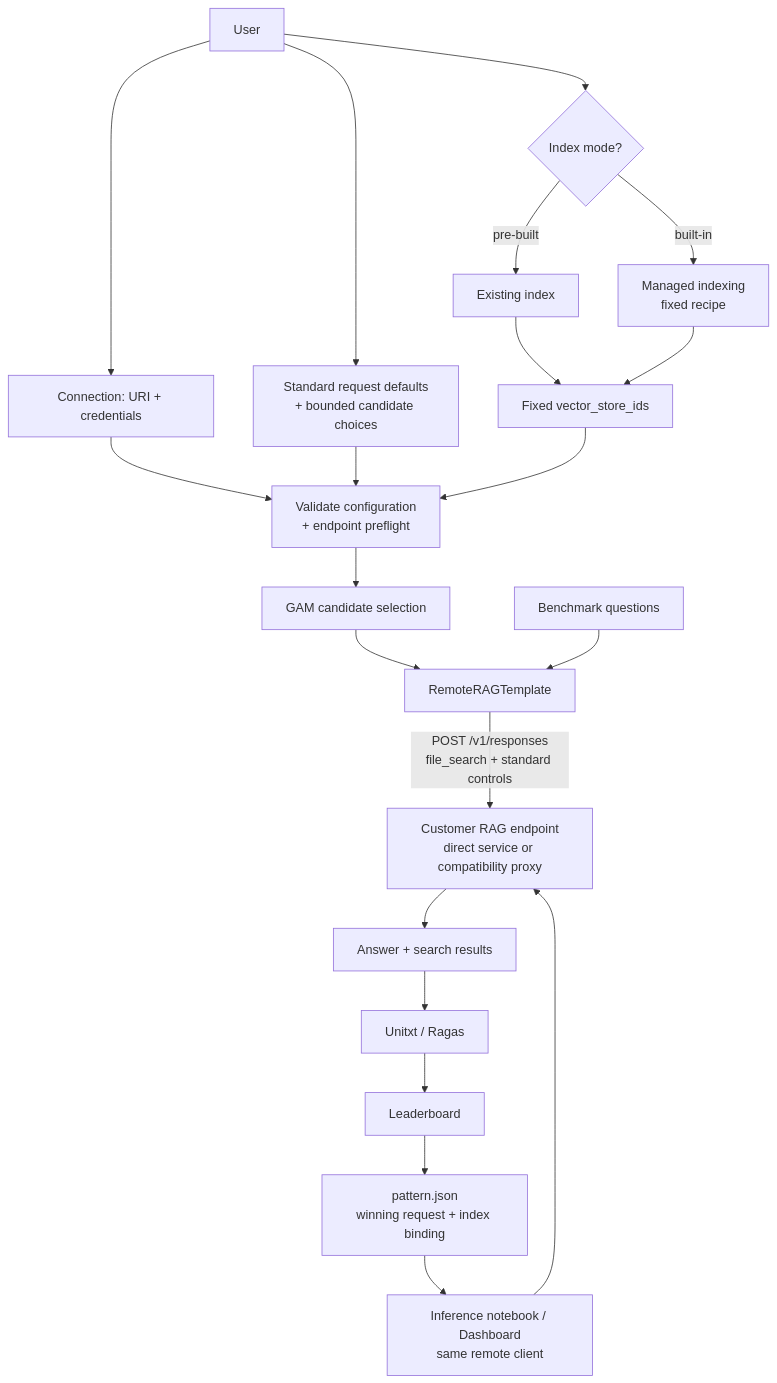
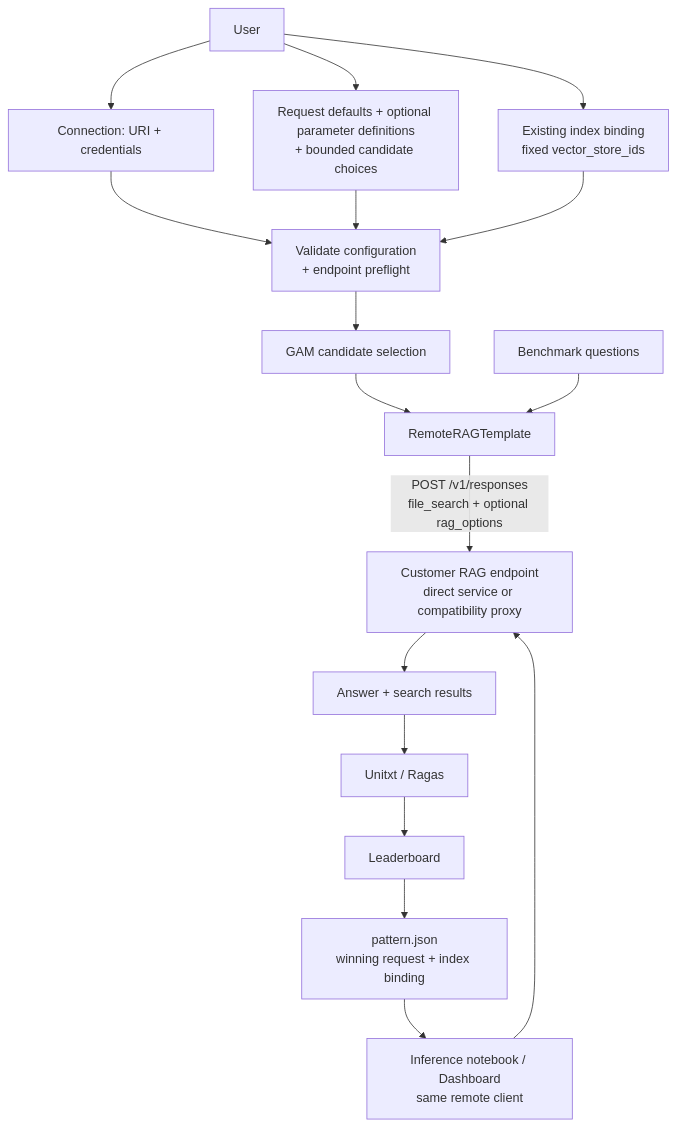
One commit to LukaszCmielowski/architecture-decision-records changed the diagram in architecture-decision-records/autorag/ODH-ADR-0007-custom-rag-templates.md. Above: the diagram before and after it, drawn with Mermaid. The commit also changed other lines of this file, not shown here.

````diff
--- a/architecture-decision-records/autorag/ODH-ADR-0007-custom-rag-templates.md
+++ b/architecture-decision-records/autorag/ODH-ADR-0007-custom-rag-templates.md
@@ -250,23 +294,19 @@
 ```mermaid
 flowchart TB
   User[User] --> Conn["Connection: URI + credentials"]
-  User --> Config["Standard request defaults\n+ bounded candidate choices"]
-  User --> Mode{Index mode?}
-  Mode -->|pre-built| Existing[Existing index]
-  Mode -->|built-in| Indexing["Managed indexing\nfixed recipe"]
-  Existing --> Binding["Fixed vector_store_ids"]
-  Indexing --> Binding
+  User --> Config["Request defaults + optional parameter definitions\n+ bounded candidate choices"]
+  User --> Binding["Existing index binding\nfixed vector_store_ids"]
   Conn --> Validate["Validate configuration\n+ endpoint preflight"]
   Config --> Validate
   Binding --> Validate
   Validate --> GAM[GAM candidate selection]
   GAM --> Remote[RemoteRAGTemplate]
   Bench[Benchmark questions] --> Remote
-  Remote -->|"POST /v1/responses\nfile_search + standard controls"| Endpoint["Customer RAG endpoint\ndirect service or compatibility proxy"]
+  Remote -->|"POST /v1/responses\nfile_search + optional rag_options"| Endpoint["Customer RAG endpoint\ndirect service or compatibility proxy"]
   Endpoint --> Rows["Answer + search results"]
   Rows --> Eval[Unitxt / Ragas]
   Eval --> Leaderboard[Leaderboard]
   Leaderboard --> Pattern["pattern.json\nwinning request + index binding"]
   Pattern --> Inference["Inference notebook / Dashboard\nsame remote client"]
   Inference --> Endpoint
 ```
````
